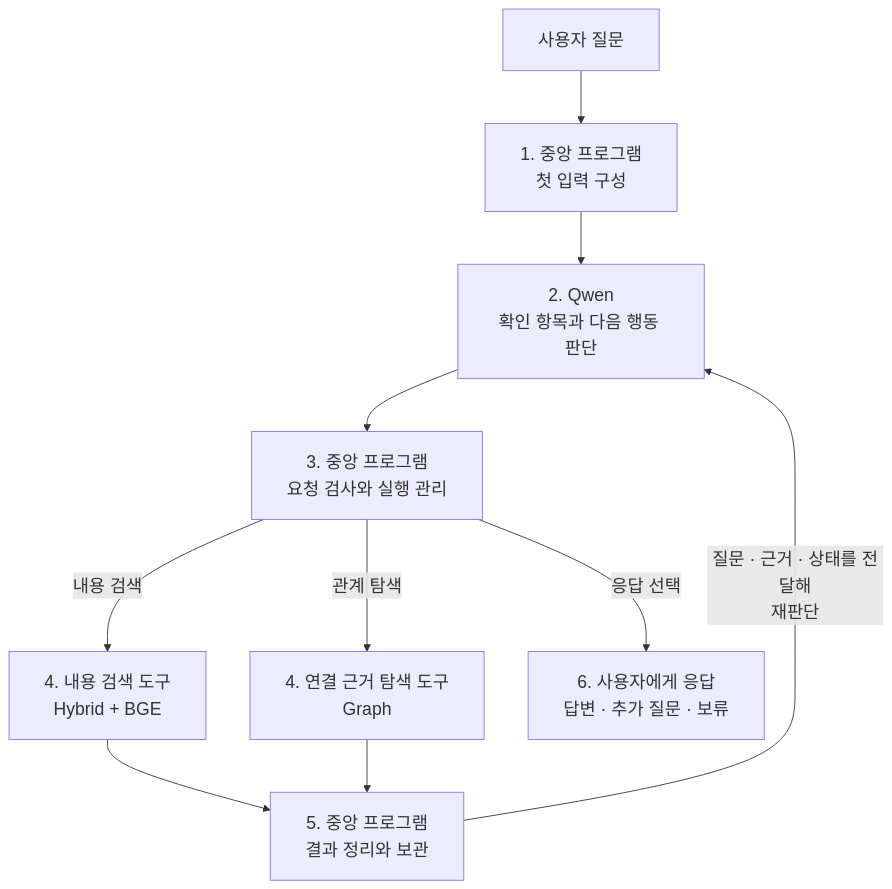
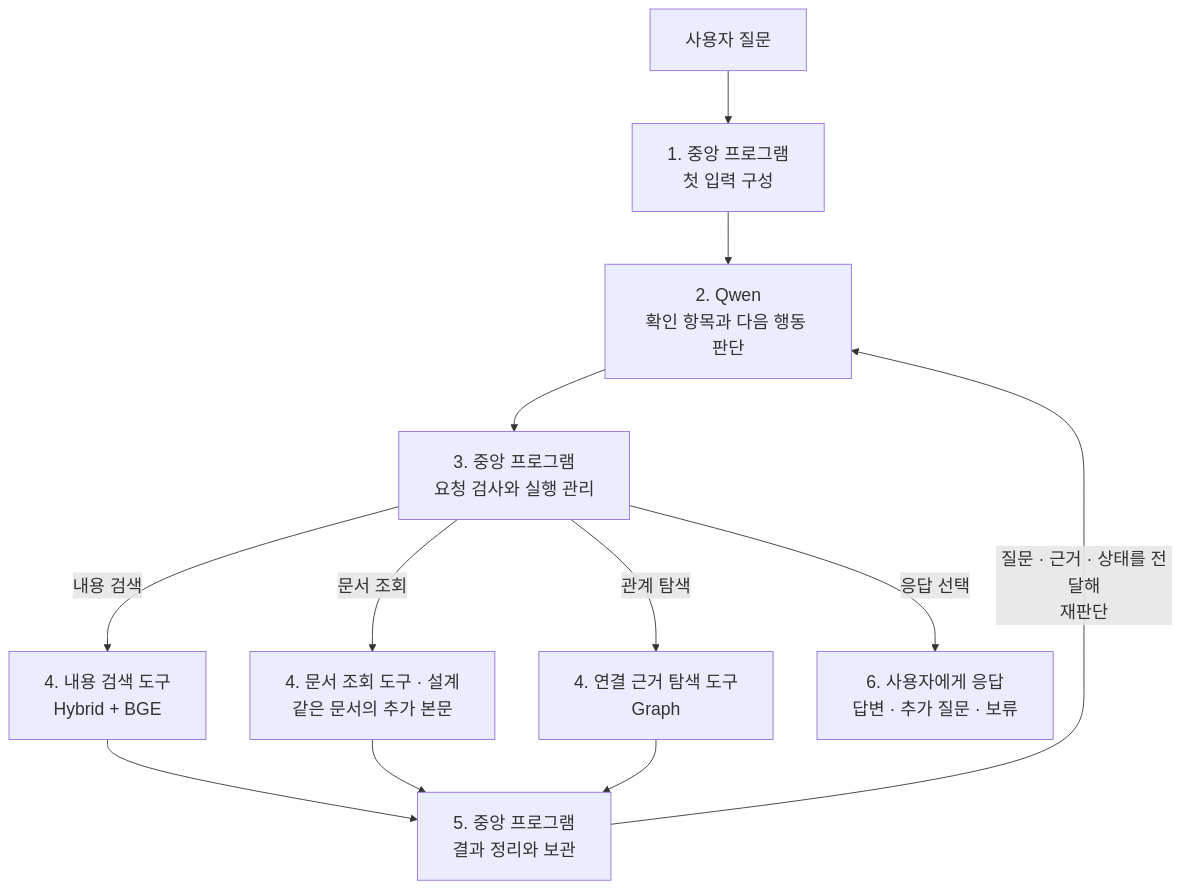
The first of 2 diagrams in week8/AGENT.md (westiion/Civic-Link), drawn with Mermaid before and after one commit. The commit also changed other lines of this file and 1 other file, not shown here.

````diff
--- a/week8/AGENT.md
+++ b/week8/AGENT.md
@@ -5,21 +5,23 @@
 ```mermaid
 ---
 config:
   themeVariables:
     fontSize: "20px"
   flowchart:
     nodeSpacing: 50
     rankSpacing: 60
     padding: 20
 ---
 flowchart TD
     U["사용자 질문"] --> I["1. 중앙 프로그램<br/>첫 입력 구성"]
     I --> Q["2. Qwen<br/>확인 항목과 다음 행동 판단"]
     Q --> C["3. 중앙 프로그램<br/>요청 검사와 실행 관리"]
     C -->|내용 검색| S["4. 내용 검색 도구<br/>Hybrid + BGE"]
+    C -->|문서 조회| L["4. 문서 조회 도구 · 설계<br/>같은 문서의 추가 본문"]
     C -->|관계 탐색| G["4. 연결 근거 탐색 도구<br/>Graph"]
     S --> R["5. 중앙 프로그램<br/>결과 정리와 보관"]
+    L --> R
     G --> R
     R -->|질문 · 근거 · 상태를 전달해<br/>재판단| Q
     C -->|응답 선택| A["6. 사용자에게 응답<br/>답변 · 추가 질문 · 보류"]
 ```
````
